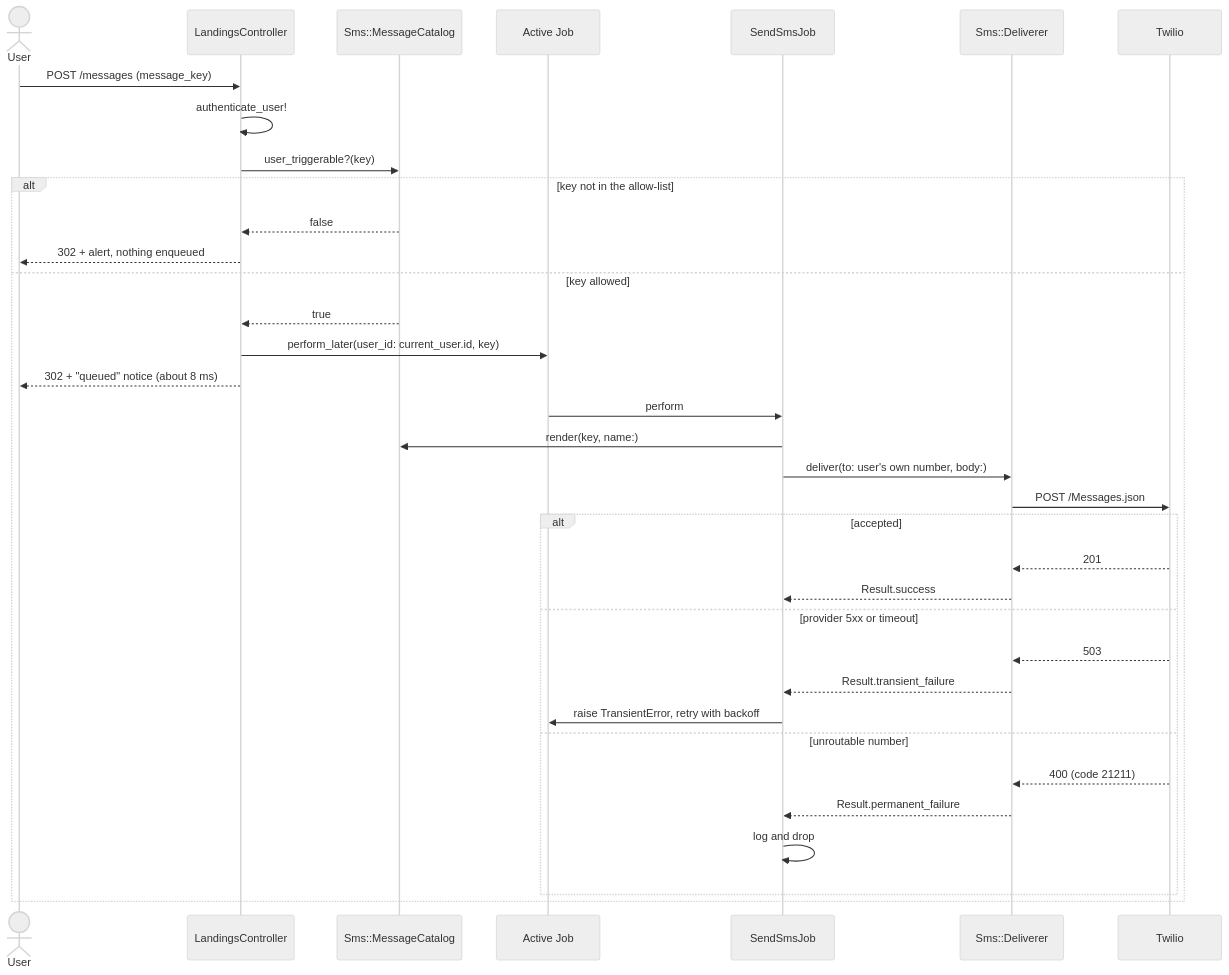
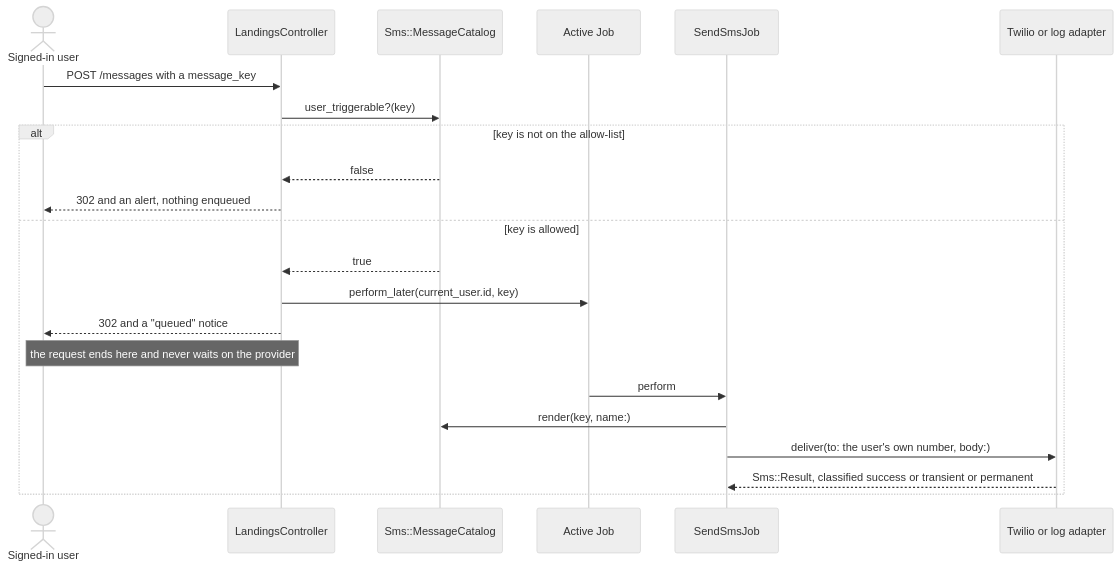
The first of 2 diagrams in README.md (TCMS31/real-time-notis), drawn with Mermaid (neutral theme) before and after one commit. The commit also changed other lines of this file, not shown here.

````diff
--- a/README.md
+++ b/README.md
@@ -70,40 +43,26 @@
 ```mermaid
 sequenceDiagram
-    actor User
+    actor U as Signed-in user
     participant C as LandingsController
-    participant M as Sms::MessageCatalog
+    participant K as Sms::MessageCatalog
     participant Q as Active Job
     participant J as SendSmsJob
-    participant D as Sms::Deliverer
-    participant T as Twilio
+    participant A as Twilio or log adapter
 
-    User->>C: POST /messages (message_key)
-    C->>C: authenticate_user!
-    C->>M: user_triggerable?(key)
+    U->>C: POST /messages with a message_key
+    C->>K: user_triggerable?(key)
 
-    alt key not in the allow-list
-        M-->>C: false
-        C-->>User: 302 + alert, nothing enqueued
-    else key allowed
-        M-->>C: true
-        C->>Q: perform_later(user_id: current_user.id, key)
-        C-->>User: 302 + "queued" notice (about 8 ms)
+    alt key is not on the allow-list
+        K-->>C: false
+        C-->>U: 302 and an alert, nothing enqueued
+    else key is allowed
+        K-->>C: true
+        C->>Q: perform_later(current_user.id, key)
+        C-->>U: 302 and a "queued" notice
+        Note over U,C: the request ends here and never waits on the provider
         Q->>J: perform
-        J->>M: render(key, name:)
-        J->>D: deliver(to: user's own number, body:)
-        D->>T: POST /Messages.json
-
-        alt accepted
-            T-->>D: 201
-            D-->>J: Result.success
-        else provider 5xx or timeout
-            T-->>D: 503
-            D-->>J: Result.transient_failure
-            J->>Q: raise TransientError, retry with backoff
-        else unroutable number
-            T-->>D: 400 (code 21211)
-            D-->>J: Result.permanent_failure
-            J->>J: log and drop
-        end
+        J->>K: render(key, name:)
+        J->>A: deliver(to: the user's own number, body:)
+        A-->>J: Sms::Result, classified success or transient or permanent
     end
 ```
````
